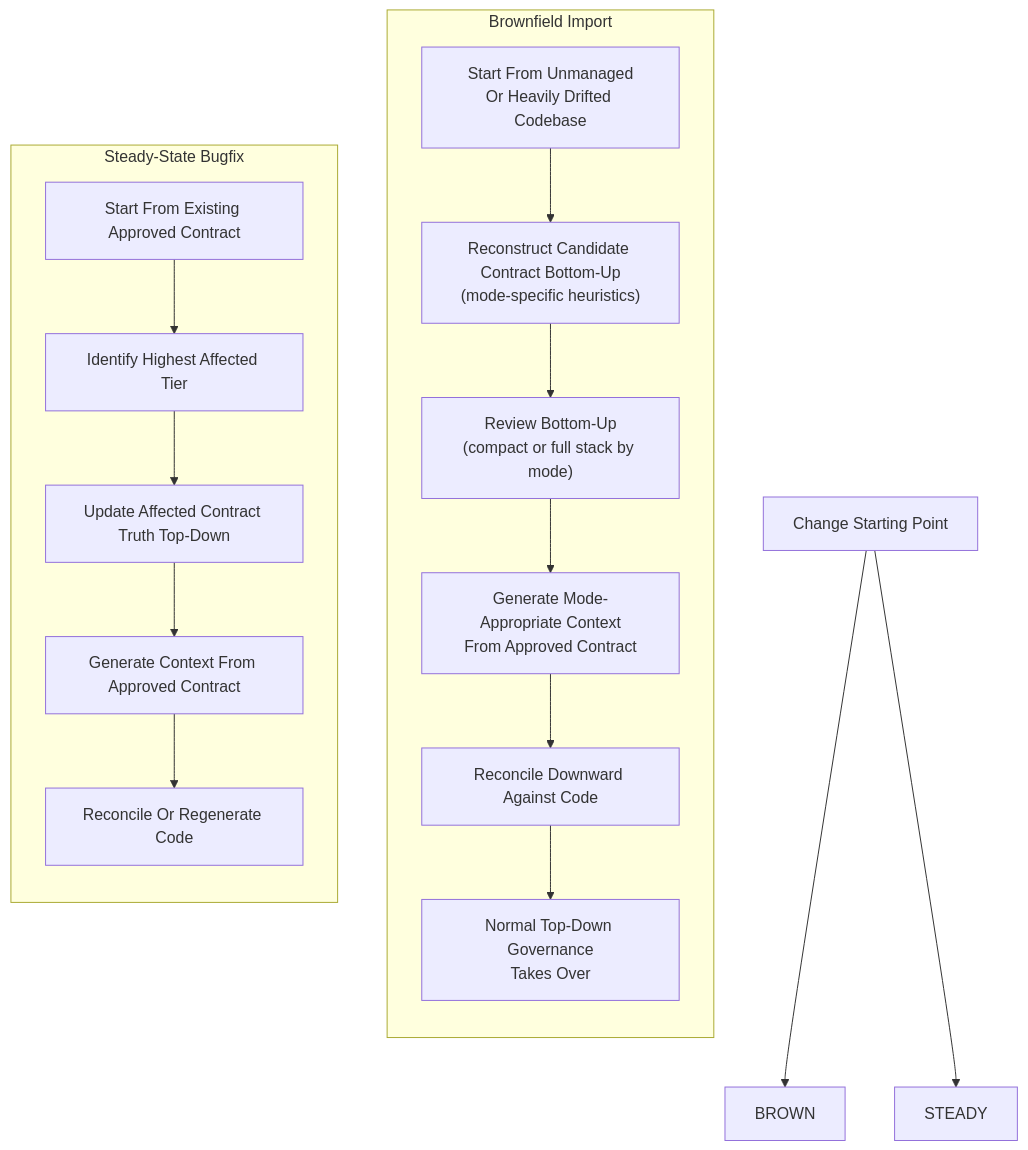
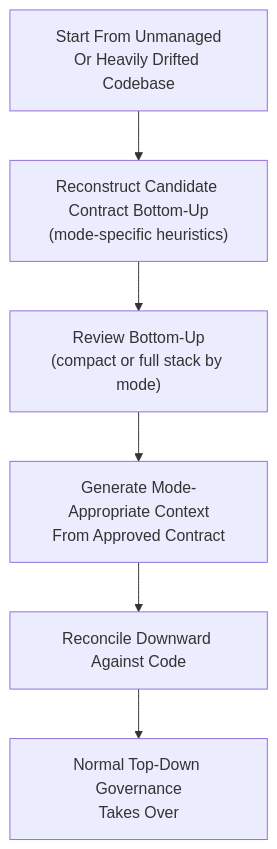
The second of 3 diagrams in v02/vibeloom-methodology.md (dahans-msft2/vibeloom-copilot-cli), drawn with Mermaid before and after one commit. The commit also changed other lines of this file, not shown here.

Commit message:
Clarify methodology operations and context ownership

````diff
--- a/v02/vibeloom-methodology.md
+++ b/v02/vibeloom-methodology.md
@@ -761,30 +772,11 @@
 ```mermaid
 flowchart TD
-    S["Change Starting Point"]
+    B1["Start From Unmanaged<br/>Or Heavily Drifted Codebase"]
+    B2["Reconstruct Candidate Contract Bottom-Up<br/>(mode-specific heuristics)"]
+    B3["Review Bottom-Up<br/>(compact or full stack by mode)"]
+    B4["Generate Mode-Appropriate Context<br/>From Approved Contract"]
+    B5["Reconcile Downward Against Code"]
+    B6["Normal Top-Down Governance<br/>Takes Over"]
 
-    S --> BROWN
-    S --> STEADY
-
-    subgraph BROWNFIELD["Brownfield Import"]
-        direction TB
-        B1["Start From Unmanaged<br/>Or Heavily Drifted Codebase"]
-        B2["Reconstruct Candidate Contract Bottom-Up<br/>(mode-specific heuristics)"]
-        B3["Review Bottom-Up<br/>(compact or full stack by mode)"]
-        B4["Generate Mode-Appropriate Context<br/>From Approved Contract"]
-        B5["Reconcile Downward Against Code"]
-        B6["Normal Top-Down Governance<br/>Takes Over"]
-
-        B1 --> B2 --> B3 --> B4 --> B5 --> B6
-    end
-
-    subgraph BUGFIX["Steady-State Bugfix"]
-        direction TB
-        S1["Start From Existing Approved Contract"]
-        S2["Identify Highest Affected Tier"]
-        S3["Update Affected Contract Truth Top-Down"]
-        S4["Generate Context From Approved Contract"]
-        S5["Reconcile Or Regenerate Code"]
-
-        S1 --> S2 --> S3 --> S4 --> S5
-    end
+    B1 --> B2 --> B3 --> B4 --> B5 --> B6
 ```
````
